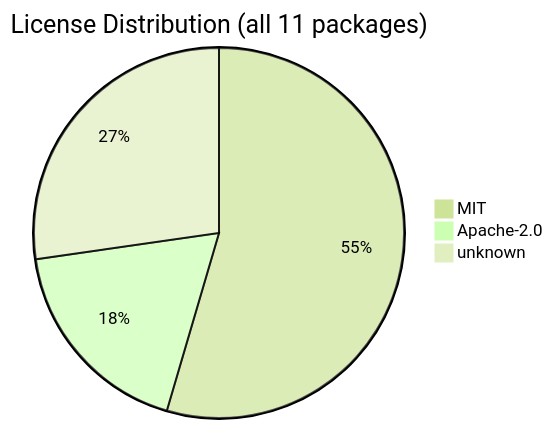
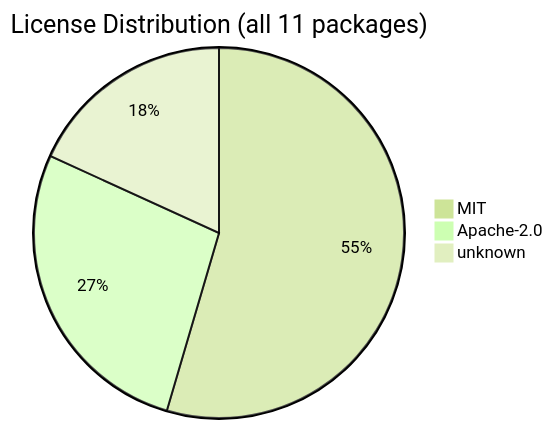
One commit to svenroth-ai/shipwright changed the diagram in .shipwright/compliance/sbom.md. Above: the diagram before and after it, drawn with Mermaid (forest theme). The commit also changed other lines of this file and 29 other files, not shown here.

````diff
--- a/.shipwright/compliance/sbom.md
+++ b/.shipwright/compliance/sbom.md
@@ -20,6 +20,6 @@
 ```mermaid
 pie title License Distribution (all 11 packages)
     "MIT" : 6
-    "Apache-2.0" : 2
-    "unknown" : 3
+    "Apache-2.0" : 3
+    "unknown" : 2
 ```
````
